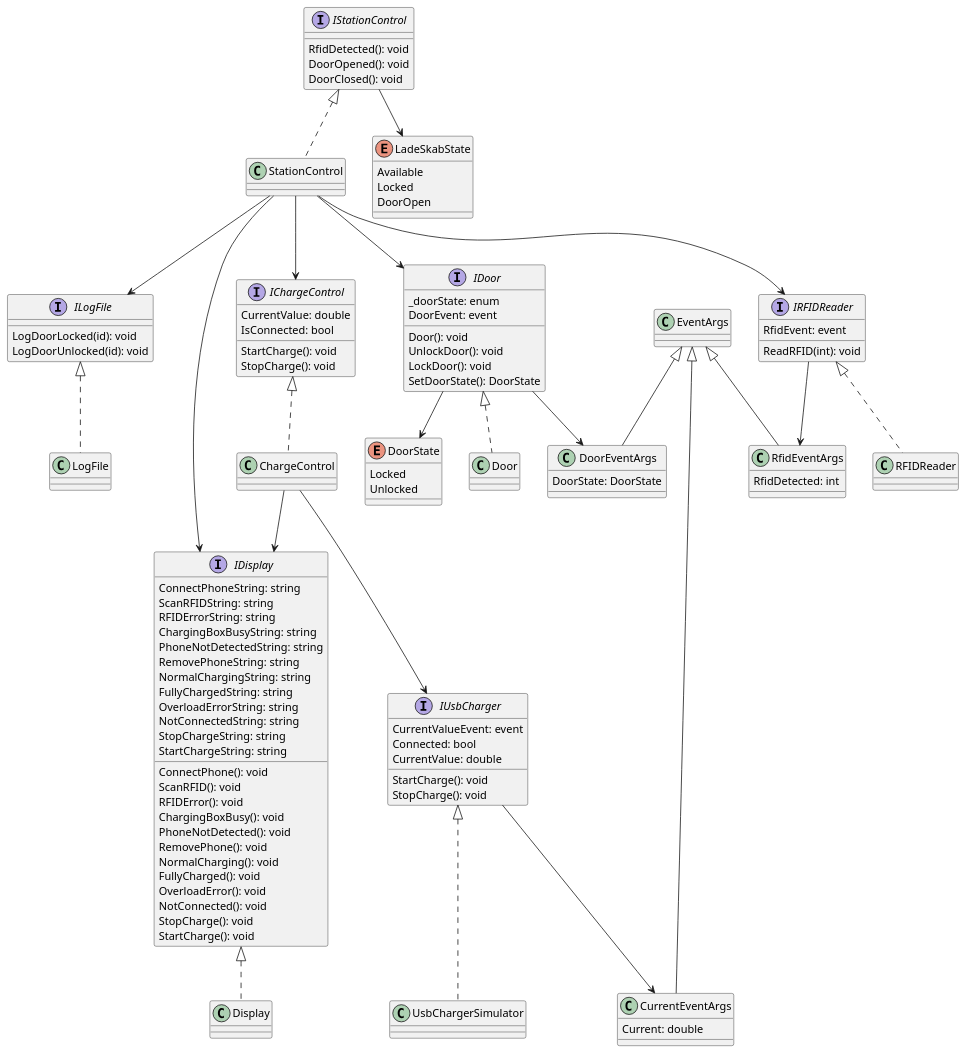
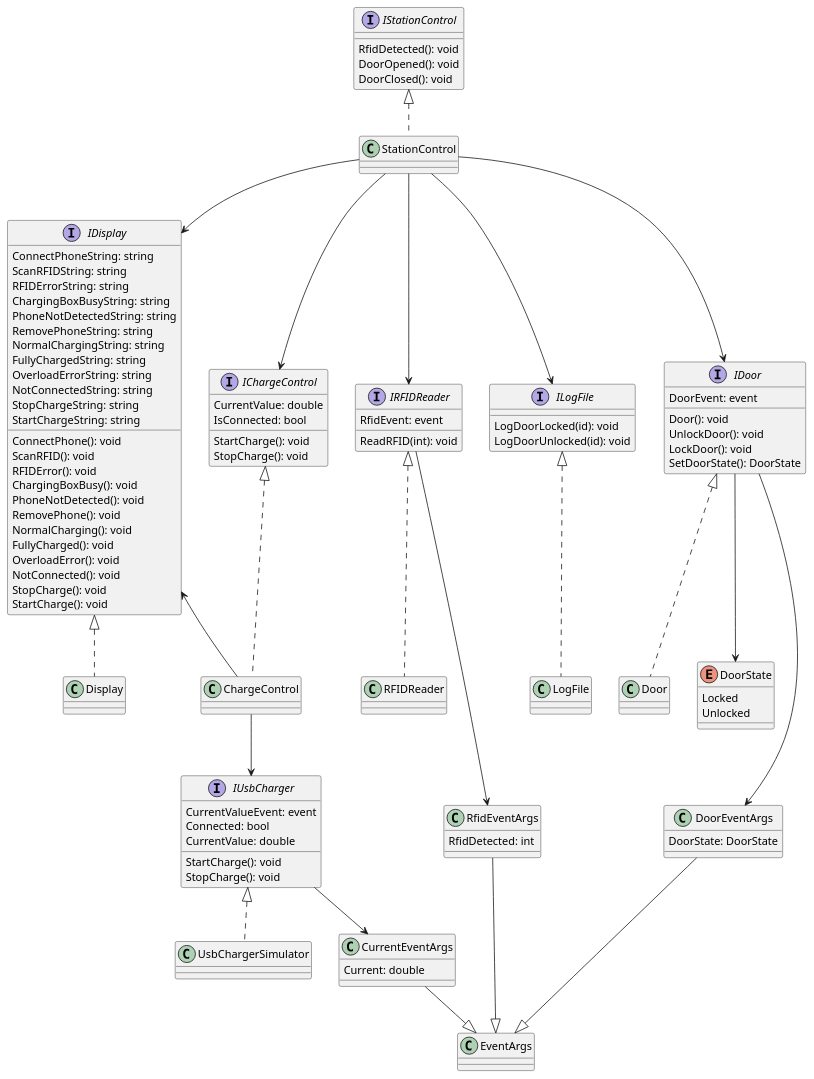
One commit to MartinStokholm/SWTExercise2 changed the diagram in diagrams/ChargingBoxCD.puml. Above: the diagram before and after it, drawn with PlantUML. The commit also changed 1 other file, not shown here.

```diff
--- a/diagrams/ChargingBoxCD.puml
+++ b/diagrams/ChargingBoxCD.puml
@@ -1,135 +1,129 @@
 @startuml
 
 
 class StationControl
 class ChargeControl
 class Door
 class Display
 class LogFile
 class RFIDReader
 class UsbChargerSimulator
+
 
 interface IStationControl{
     RfidDetected(): void 
     DoorOpened(): void 
     DoorClosed(): void 
 }
 interface IChargeControl{
     CurrentValue: double
     IsConnected: bool
     StartCharge(): void
     StopCharge(): void
 }
 interface IDoor {
-    _doorState: enum 
     DoorEvent: event 
     Door(): void
     UnlockDoor(): void
     LockDoor(): void
     SetDoorState(): DoorState 
 }
 
 interface IDisplay {
     ConnectPhone(): void 
     ScanRFID(): void 
     RFIDError(): void 
     ChargingBoxBusy(): void 
     PhoneNotDetected(): void 
     RemovePhone(): void 
     NormalCharging(): void 
     FullyCharged(): void 
     OverloadError(): void 
     NotConnected(): void 
     StopCharge(): void 
     StartCharge(): void 
 
     ConnectPhoneString: string 
     ScanRFIDString: string 
     RFIDErrorString: string 
     ChargingBoxBusyString: string 
     PhoneNotDetectedString: string 
     RemovePhoneString: string 
     NormalChargingString: string 
     FullyChargedString: string 
     OverloadErrorString: string 
     NotConnectedString: string 
     StopChargeString: string 
     StartChargeString: string 
 }
 
 
 interface ILogFile{
     LogDoorLocked(id): void
     LogDoorUnlocked(id): void
 }
 
 interface IRFIDReader{
     ReadRFID(int): void
     RfidEvent: event
 }
 interface IUsbCharger{
     CurrentValueEvent: event
     StartCharge(): void
     StopCharge(): void
     Connected: bool
     CurrentValue: double
 }
 
 enum DoorState{
     Locked
     Unlocked
 }
 
-enum LadeSkabState{
-    Available
-    Locked
-    DoorOpen
-}
 
 class EventArgs{
     
 }
 
 class RfidEventArgs{
     RfidDetected: int
 }
 
 class CurrentEventArgs{
     Current: double
 }
 
 class DoorEventArgs{
     DoorState: DoorState
 }
 
 
 
 StationControl .u.|> IStationControl
 ChargeControl .u.|> IChargeControl
 Door .u.|> IDoor
 Display .u.|> IDisplay
 LogFile .u.|> ILogFile
 RFIDReader .u.|> IRFIDReader
 UsbChargerSimulator .u.|> IUsbCharger
 
 StationControl --> IChargeControl
 StationControl --> IDisplay
 StationControl --> ILogFile
 StationControl --> IDoor
 StationControl --> IRFIDReader
 
 ChargeControl --> IUsbCharger
-ChargeControl --> IDisplay
+ChargeControl -l-> IDisplay
 
-RfidEventArgs -u-|> EventArgs
-CurrentEventArgs -u-|> EventArgs
-DoorEventArgs -u-|> EventArgs
+RfidEventArgs -d-|> EventArgs
+CurrentEventArgs -d-|> EventArgs
+DoorEventArgs -d-|> EventArgs
 
 IDoor --> DoorEventArgs
 IRFIDReader --> RfidEventArgs
 IUsbCharger --> CurrentEventArgs
 
 IDoor --> DoorState
-IStationControl --> LadeSkabState
 
 @enduml
```
